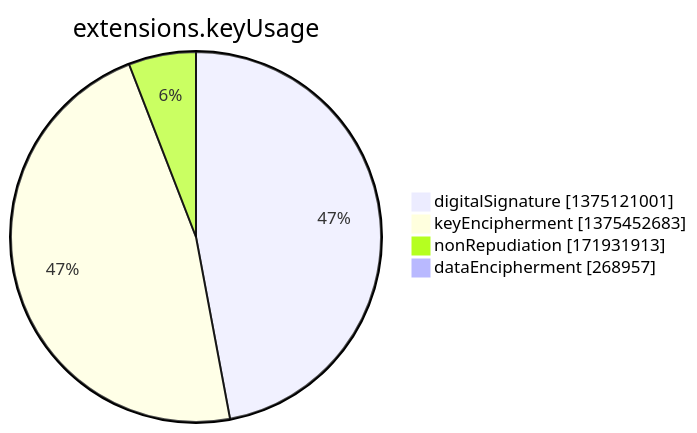
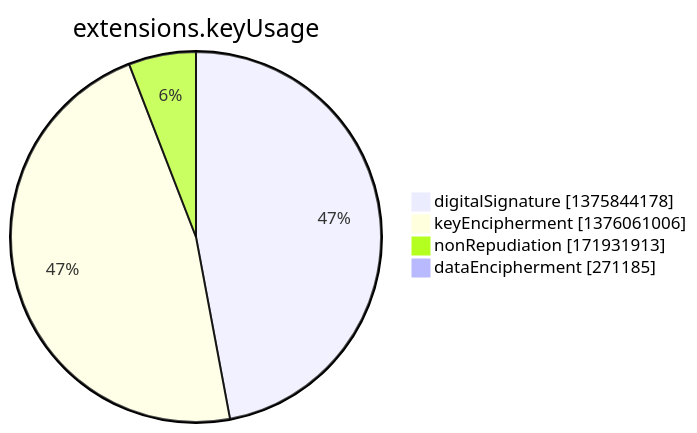
One commit to christiankrug/ctmonitor_visualization changed the seventh of 15 diagrams in argon2022/README.md. Above: the diagram before and after it, drawn with Mermaid. The commit also changed other lines of this file, not shown here.

````diff
--- a/argon2022/README.md
+++ b/argon2022/README.md
@@ -2751,8 +2751,8 @@
 ```mermaid
 pie showData
 title extensions.keyUsage
-"digitalSignature" :1375121001
-"keyEncipherment" :1375452683
+"digitalSignature" :1375844178
+"keyEncipherment" :1376061006
 "nonRepudiation" :171931913
-"dataEncipherment" :268957
+"dataEncipherment" :271185
 ```
````
